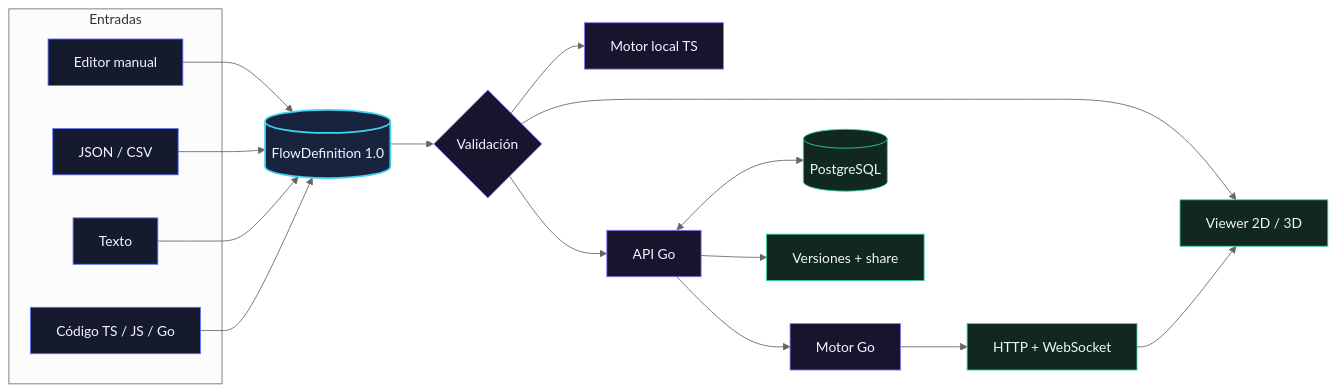
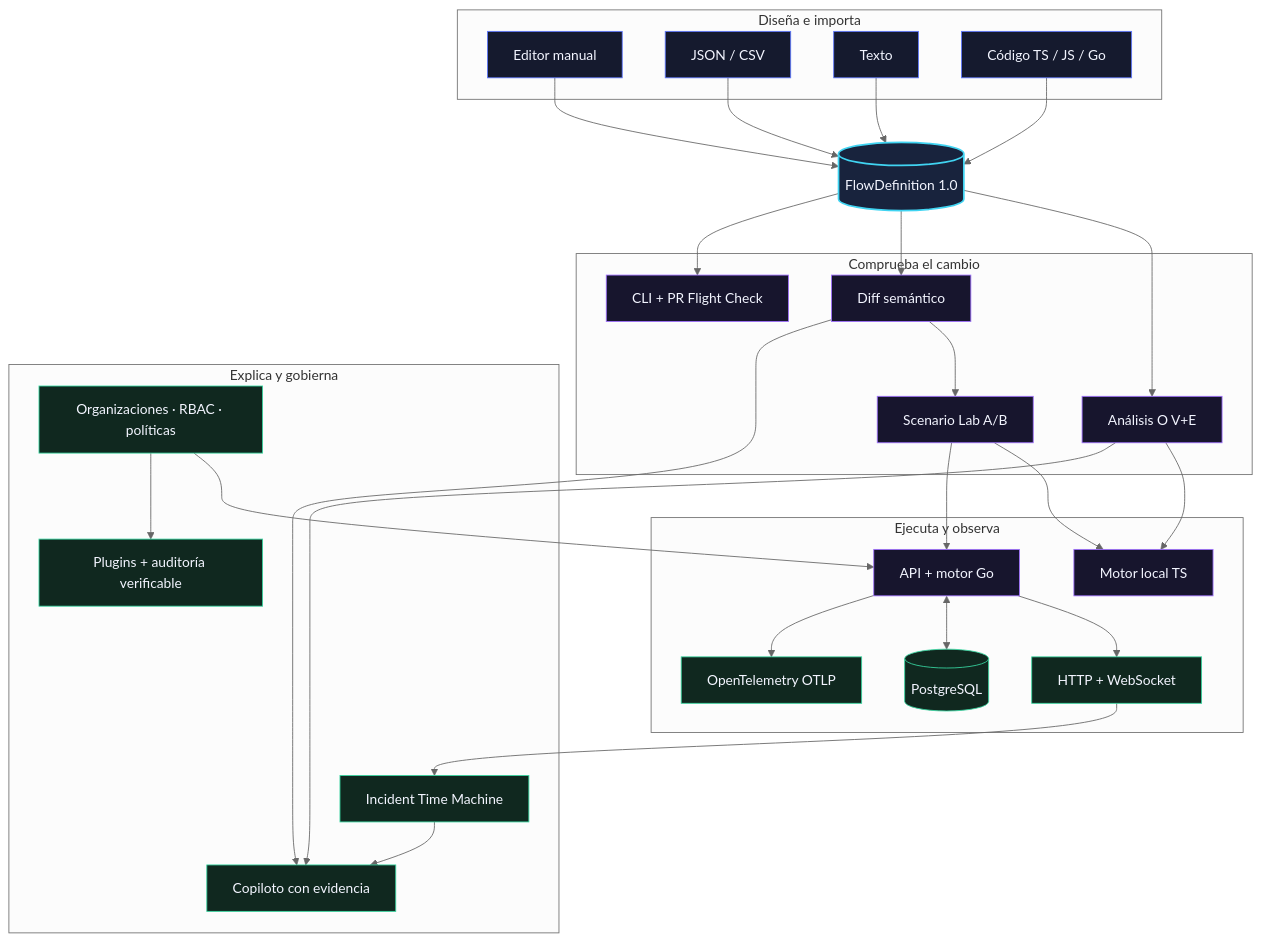
The diagram in README.md (AndrwGmez/Motor-de-Simulacion), drawn with Mermaid (neutral theme) before and after one commit. The commit also changed other lines of this file and 149 other files, not shown here.

````diff
--- a/README.md
+++ b/README.md
@@ -150,42 +247,63 @@
 ```mermaid
-flowchart LR
-  subgraph INPUTS[Entradas]
+flowchart TB
+  subgraph INPUTS[Diseña e importa]
     EDITOR[Editor manual]
     FILES[JSON / CSV]
     TEXT[Texto]
     CODE[Código TS / JS / Go]
   end
 
   FLOW[(FlowDefinition 1.0)]
-  VALIDATE{Validación}
-  VIEWER[Viewer 2D / 3D]
-  LOCAL[Motor local TS]
-  API[API Go]
-  ENGINE[Motor Go]
-  EVENTS[HTTP + WebSocket]
-  DB[(PostgreSQL)]
-  SHARE[Versiones + share]
+
+  subgraph VERIFY[Comprueba el cambio]
+    VALIDATE[Análisis O V+E]
+    DIFF[Diff semántico]
+    LAB[Scenario Lab A/B]
+    CLI[CLI + PR Flight Check]
+  end
+
+  subgraph RUNTIME[Ejecuta y observa]
+    LOCAL[Motor local TS]
+    API[API + motor Go]
+    EVENTS[HTTP + WebSocket]
+    DB[(PostgreSQL)]
+    OTEL[OpenTelemetry OTLP]
+  end
+
+  subgraph EXPLAIN[Explica y gobierna]
+    TIME[Incident Time Machine]
+    COPILOT[Copiloto con evidencia]
+    ENTERPRISE[Organizaciones · RBAC · políticas]
+    AUDIT[Plugins + auditoría verificable]
+  end
 
   EDITOR --> FLOW
   FILES --> FLOW
   TEXT --> FLOW
   CODE --> FLOW
   FLOW --> VALIDATE
-  VALIDATE --> VIEWER
+  FLOW --> DIFF
+  FLOW --> CLI
+  DIFF --> LAB
   VALIDATE --> LOCAL
-  VALIDATE --> API
-  API --> ENGINE
-  ENGINE --> EVENTS
-  EVENTS --> VIEWER
+  LAB --> LOCAL
+  LAB --> API
+  API --> EVENTS
   API <--> DB
-  API --> SHARE
+  API --> OTEL
+  EVENTS --> TIME
+  VALIDATE --> COPILOT
+  DIFF --> COPILOT
+  TIME --> COPILOT
+  ENTERPRISE --> API
+  ENTERPRISE --> AUDIT
 
   classDef source fill:#151a2e,stroke:#5e78ff,color:#f3f5ff
   classDef contract fill:#18233d,stroke:#40d4f2,color:#f3f5ff,stroke-width:2px
   classDef runtime fill:#17152d,stroke:#a071ff,color:#f3f5ff
   classDef success fill:#10281f,stroke:#37d6a0,color:#f3f5ff
   class EDITOR,FILES,TEXT,CODE source
   class FLOW contract
-  class VALIDATE,LOCAL,API,ENGINE runtime
-  class VIEWER,EVENTS,DB,SHARE success
+  class VALIDATE,DIFF,LAB,CLI,LOCAL,API runtime
+  class EVENTS,DB,OTEL,TIME,COPILOT,ENTERPRISE,AUDIT success
 ```
````
